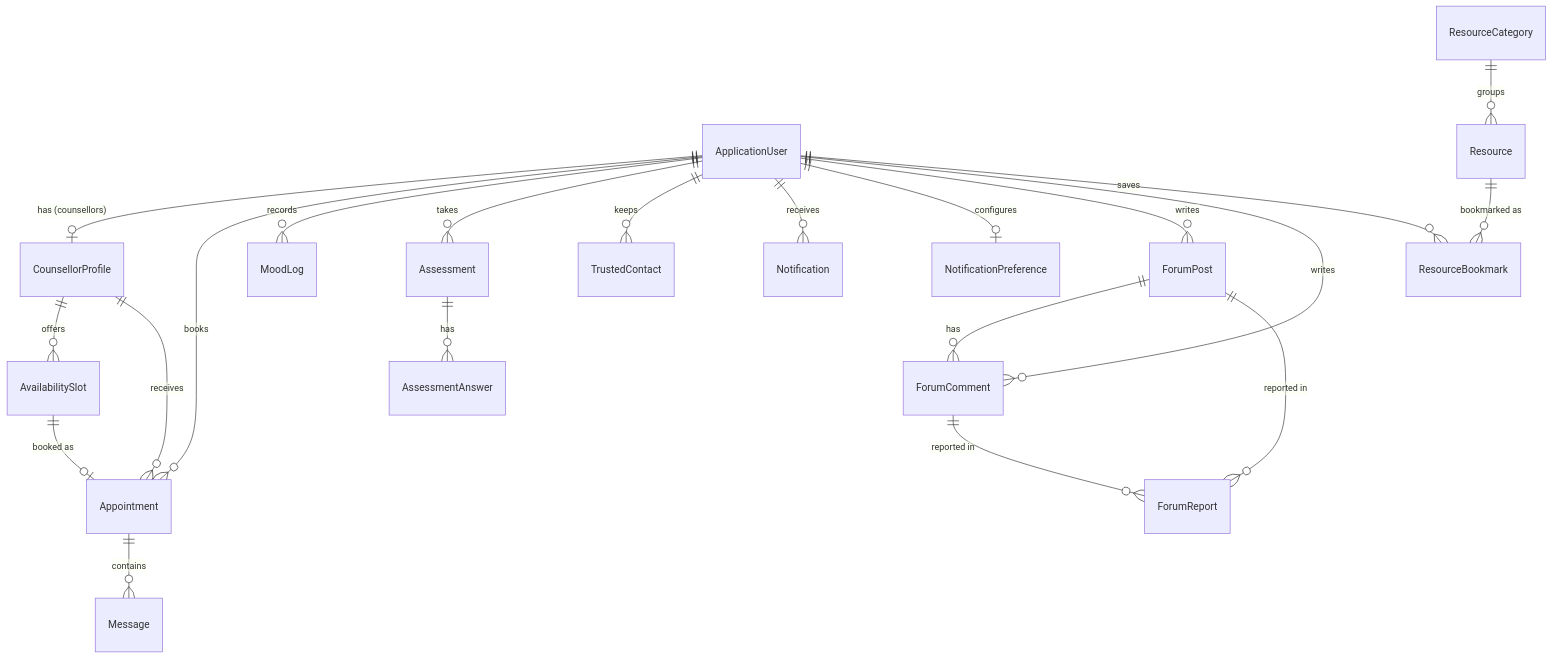
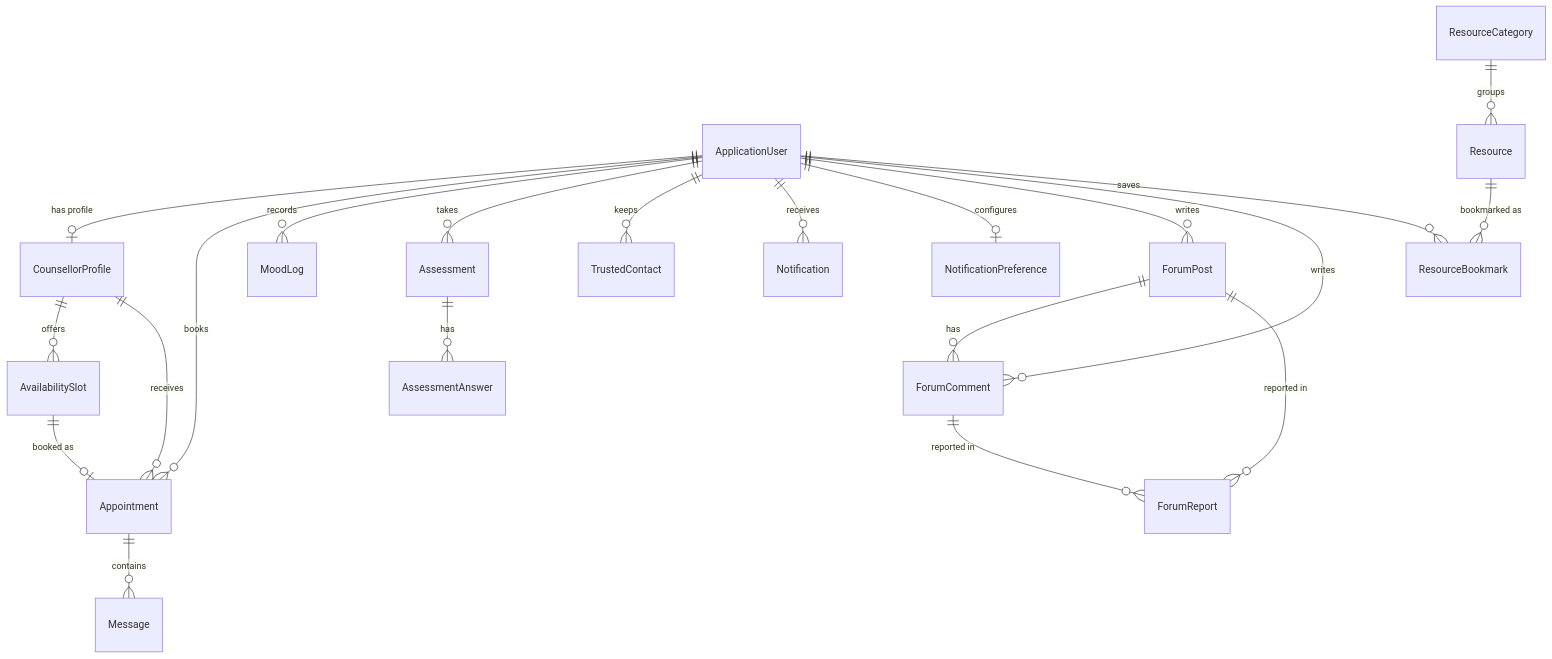
Before and after one commit to Lubna1208/MindCare: the fifth of 5 diagrams in README.md, drawn with Mermaid. The commit also changed other lines of this file, not shown here.

````diff
--- a/README.md
+++ b/README.md
@@ -267,27 +259,27 @@
 ```mermaid
 erDiagram
-    ApplicationUser ||--o| CounsellorProfile : "has (counsellors)"
+    ApplicationUser ||--o| CounsellorProfile : "has profile"
     ApplicationUser ||--o{ Appointment : books
     ApplicationUser ||--o{ MoodLog : records
     ApplicationUser ||--o{ Assessment : takes
     ApplicationUser ||--o{ TrustedContact : keeps
     ApplicationUser ||--o{ Notification : receives
     ApplicationUser ||--o| NotificationPreference : configures
     ApplicationUser ||--o{ ForumPost : writes
     ApplicationUser ||--o{ ForumComment : writes
     ApplicationUser ||--o{ ResourceBookmark : saves
 
     CounsellorProfile ||--o{ AvailabilitySlot : offers
     CounsellorProfile ||--o{ Appointment : receives
     AvailabilitySlot ||--o| Appointment : "booked as"
     Appointment ||--o{ Message : contains
 
     Assessment ||--o{ AssessmentAnswer : has
 
     ForumPost ||--o{ ForumComment : has
     ForumPost ||--o{ ForumReport : "reported in"
     ForumComment ||--o{ ForumReport : "reported in"
 
     ResourceCategory ||--o{ Resource : groups
     Resource ||--o{ ResourceBookmark : "bookmarked as"
 ```
````
